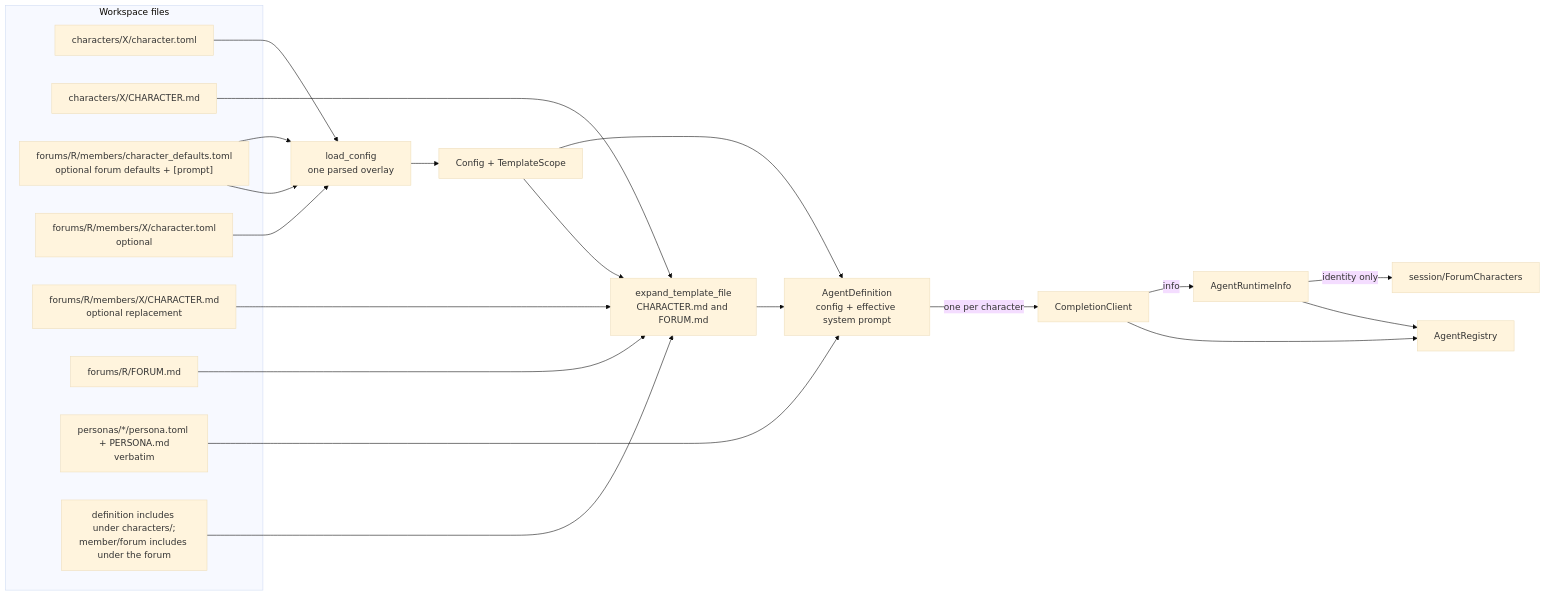
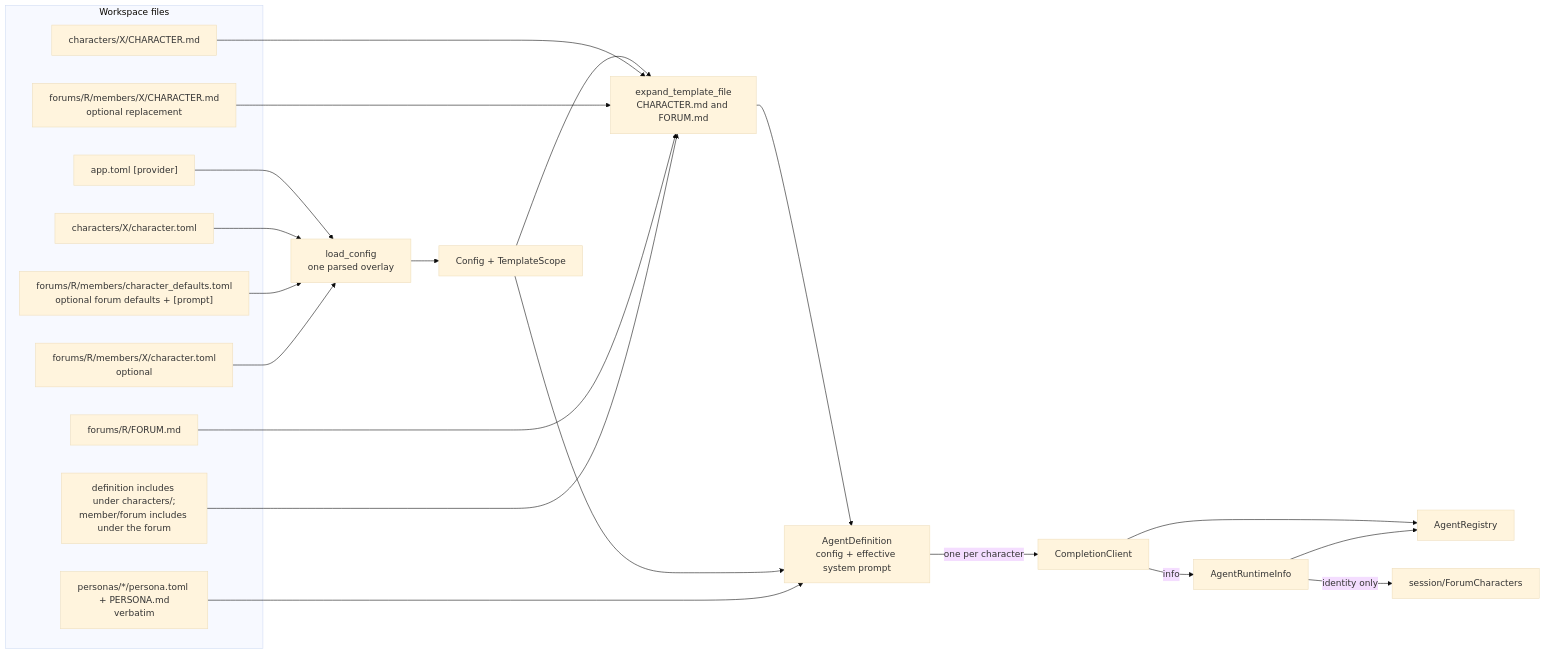
Before and after one commit to michaelpopov/cha: the first of 4 diagrams in src/agents/README.md, drawn with Mermaid (base theme). The commit also changed other lines of this file and 37 other files, not shown here.

````diff
--- a/src/agents/README.md
+++ b/src/agents/README.md
@@ -25,32 +25,33 @@
 ```mermaid
 flowchart LR
     subgraph disk["Workspace files"]
+        app_cfg["app.toml [provider]"]
         definition_cfg["characters/X/character.toml"]
         definition_prompt["characters/X/CHARACTER.md"]
         base["forums/R/members/character_defaults.toml<br/>optional forum defaults + [prompt]"]
         member_cfg["forums/R/members/X/character.toml<br/>optional"]
         member_prompt["forums/R/members/X/CHARACTER.md<br/>optional replacement"]
         usr["forums/R/FORUM.md"]
         roster["personas/*/persona.toml + PERSONA.md<br/>verbatim"]
         shared["definition includes under characters/;<br/>member/forum includes under the forum"]
     end
 
-    base --> load["load_config<br/>one parsed overlay"]
+    app_cfg --> load["load_config<br/>one parsed overlay"]
     definition_cfg --> load
     base --> load
     member_cfg --> load
     load --> conf["Config + TemplateScope"]
     conf --> expand["expand_template_file<br/>CHARACTER.md and FORUM.md"]
     definition_prompt --> expand
     member_prompt --> expand
     usr --> expand
     shared --> expand
     expand --> def["AgentDefinition<br/>config + effective system prompt"]
     conf --> def
     roster --> def
     def -->|"one per character"| client["CompletionClient"]
     client --> registry["AgentRegistry"]
     client -->|"info"| runtime["AgentRuntimeInfo"]
     runtime --> registry
     runtime -->|"identity only"| characters["session/ForumCharacters"]
 ```
````
